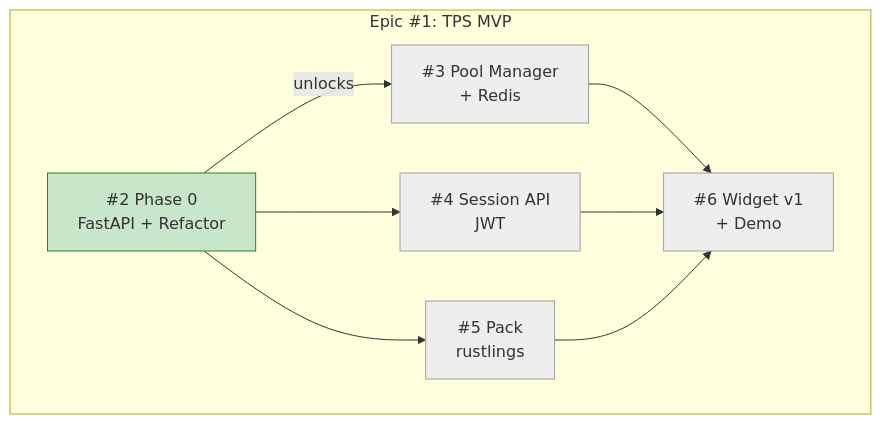
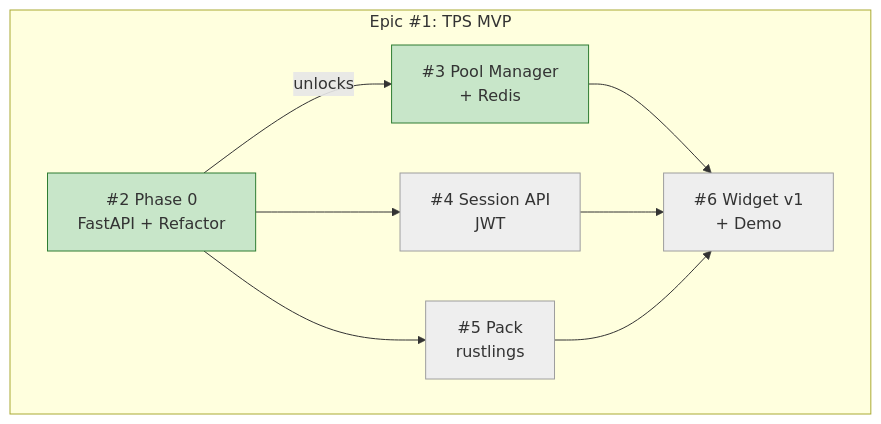
One commit to info-tech-io/web-terminal changed the diagram in docs/proposals/epic-1-tps-mvp/progress.md. Above: the diagram before and after it, drawn with Mermaid. The commit also changed other lines of this file and 8 other files, not shown here.

````diff
--- a/docs/proposals/epic-1-tps-mvp/progress.md
+++ b/docs/proposals/epic-1-tps-mvp/progress.md
@@ -5,17 +5,17 @@
 ```mermaid
 graph TD
     subgraph "Epic #1: TPS MVP"
         A["#2 Phase 0\nFastAPI + Refactor"] -->|unlocks| B["#3 Pool Manager\n+ Redis"]
         A --> C["#4 Session API\nJWT"]
         A --> D["#5 Pack\nrustlings"]
         B --> E["#6 Widget v1\n+ Demo"]
         C --> E
         D --> E
     end
 
     style A fill:#c8e6c9,stroke:#2e7d32
-    style B fill:#eeeeee,stroke:#9e9e9e
+    style B fill:#c8e6c9,stroke:#2e7d32
     style C fill:#eeeeee,stroke:#9e9e9e
     style D fill:#eeeeee,stroke:#9e9e9e
     style E fill:#eeeeee,stroke:#9e9e9e
 ```
````
